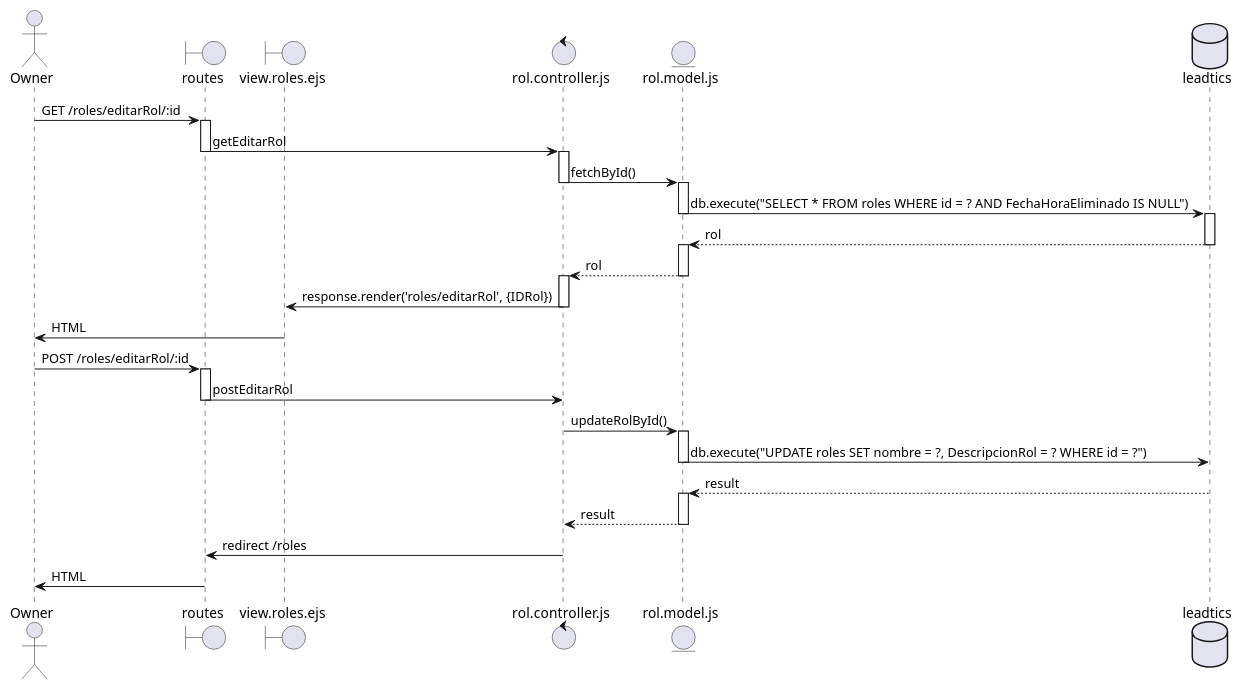
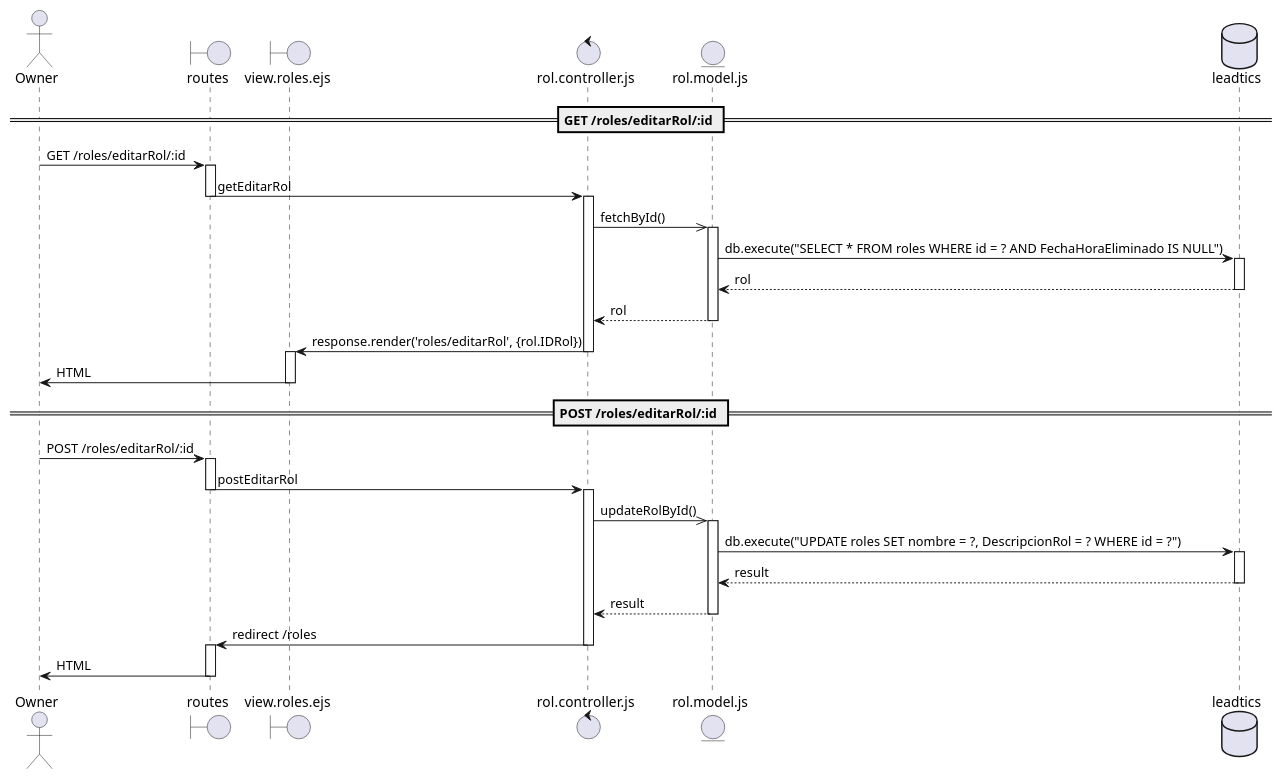
One commit to DiegoGarciaPadilla/TC2005B-Leadsales changed the diagram in docs/DiagramasSecuencia/CU15.wsd. Above: the diagram before and after it, drawn with PlantUML.

Commit message:
fix(CU15.wsd): fix sequence diagram

```diff
--- a/docs/DiagramasSecuencia/CU15.wsd
+++ b/docs/DiagramasSecuencia/CU15.wsd
@@ -1,63 +1,66 @@
-@startuml
+@startuml CU15
 
 actor Owner
 boundary routes
 boundary view.roles.ejs
 control rol.controller.js
 entity rol.model.js
 database leadtics
 
+== GET /roles/editarRol/:id ==
+
 Owner -> routes : GET /roles/editarRol/:id
 activate routes
 
 routes -> rol.controller.js : getEditarRol
 deactivate routes
 activate rol.controller.js
 
-rol.controller.js -> rol.model.js : fetchById()
-deactivate rol.controller.js
+rol.controller.js ->> rol.model.js : fetchById()
 activate rol.model.js
 
 rol.model.js -> leadtics : db.execute("SELECT * FROM roles WHERE id = ? AND FechaHoraEliminado IS NULL")
-deactivate rol.model.js
 activate leadtics
 
 leadtics --> rol.model.js : rol
 deactivate leadtics
-activate rol.model.js
 
 rol.model.js --> rol.controller.js :rol
 deactivate rol.model.js
-activate rol.controller.js
 
-rol.controller.js -> view.roles.ejs : response.render('roles/editarRol', {IDRol})
+rol.controller.js -> view.roles.ejs : response.render('roles/editarRol', {rol.IDRol})
 deactivate rol.controller.js
+activate view.roles.ejs
 
 view.roles.ejs -> Owner : HTML
 deactivate view.roles.ejs
+
+== POST /roles/editarRol/:id ==
 
 Owner -> routes : POST /roles/editarRol/:id
 activate routes
 
 routes -> rol.controller.js : postEditarRol
 deactivate routes
+activate rol.controller.js
 
-rol.controller.js -> rol.model.js : updateRolById()
+rol.controller.js ->> rol.model.js : updateRolById()
 activate rol.model.js
 
 rol.model.js -> leadtics : db.execute("UPDATE roles SET nombre = ?, DescripcionRol = ? WHERE id = ?")
-deactivate rol.model.js
+activate leadtics
 
 leadtics --> rol.model.js : result
-activate rol.model.js
+deactivate leadtics
 
 rol.model.js --> rol.controller.js : result
 deactivate rol.model.js
 
 rol.controller.js -> routes : redirect /roles
 deactivate rol.controller.js
+activate routes
 
 routes -> Owner : HTML
 deactivate routes
 
 @enduml
```
